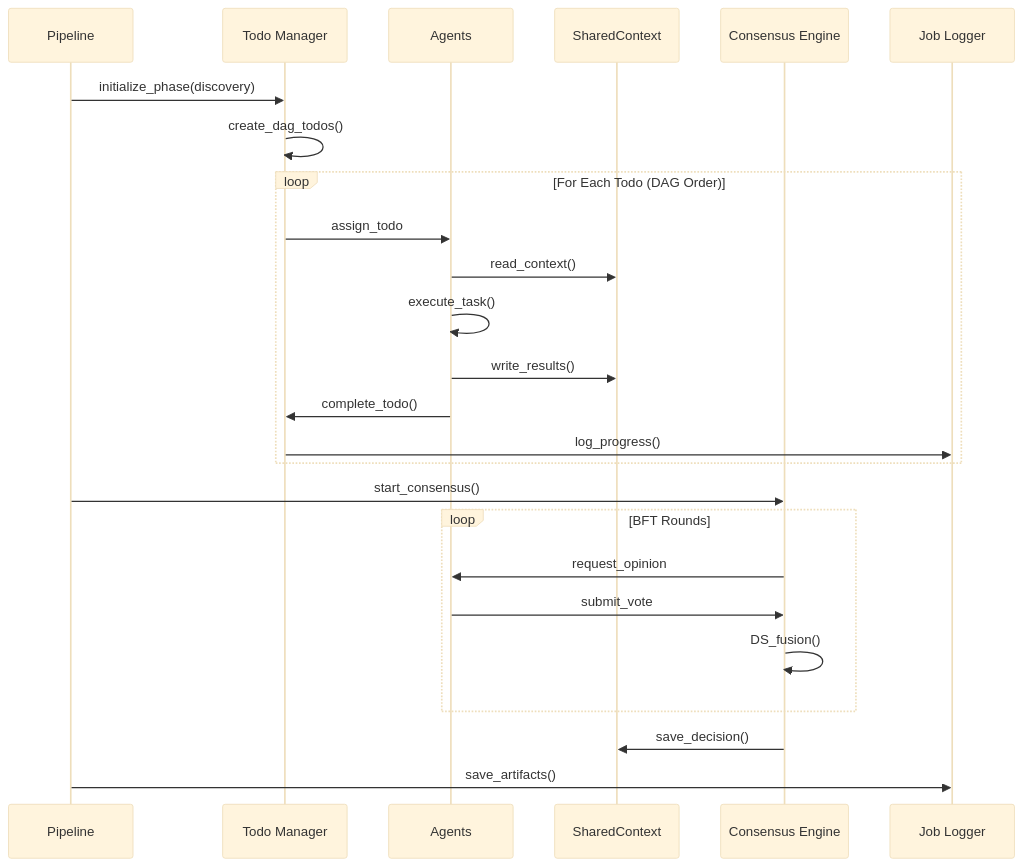
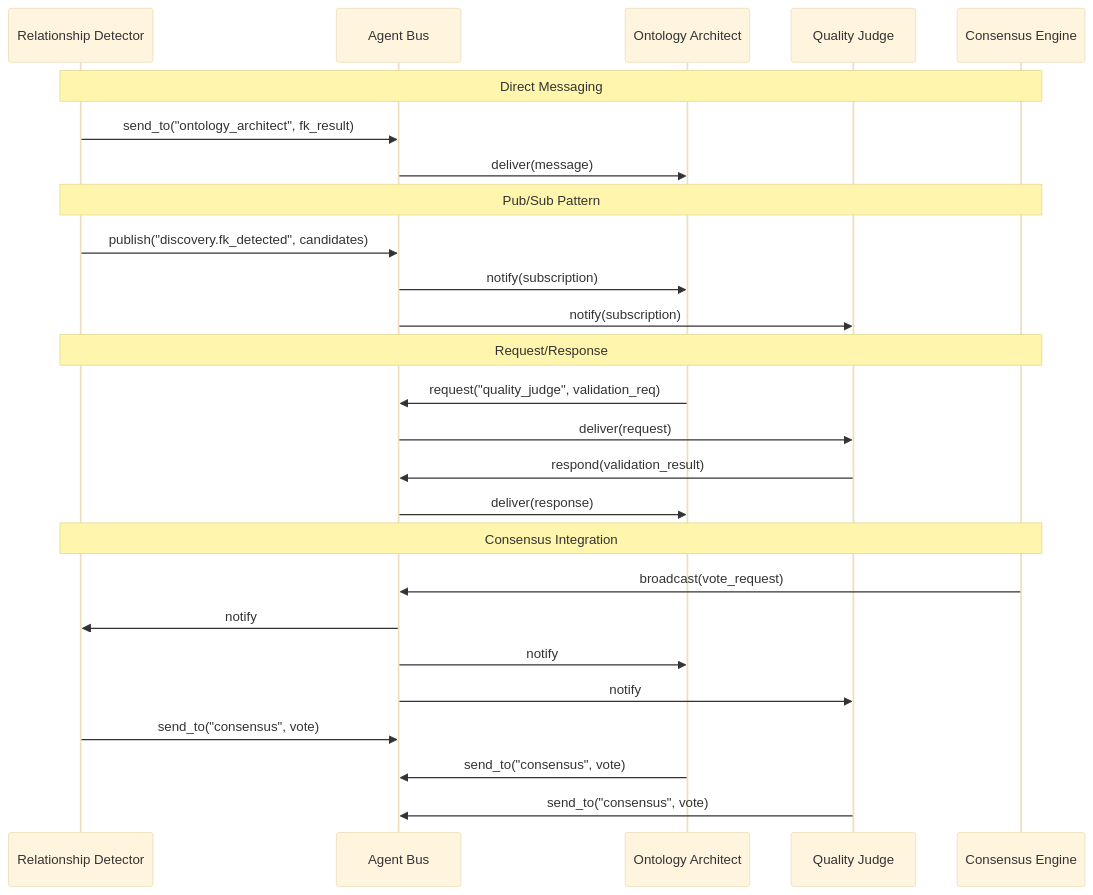
Before and after one commit to sabill123/ontology: the eighth of 11 diagrams in docs/diagrams/02-data-flow.md, drawn with Mermaid (base theme). The commit also changed other lines of this file and 176 other files, not shown here.

````diff
--- a/docs/diagrams/02-data-flow.md
+++ b/docs/diagrams/02-data-flow.md
@@ -266,32 +454,32 @@
 ```mermaid
 sequenceDiagram
-    participant P as Pipeline
-    participant TM as Todo Manager
-    participant A as Agents
-    participant SC as SharedContext
+    participant A1 as Relationship Detector
+    participant BUS as Agent Bus
+    participant A2 as Ontology Architect
+    participant A3 as Quality Judge
     participant CE as Consensus Engine
-    participant JL as Job Logger
 
-    P->>TM: initialize_phase(discovery)
-    TM->>TM: create_dag_todos()
+    Note over A1,CE: Direct Messaging
+    A1->>BUS: send_to("ontology_architect", fk_result)
+    BUS->>A2: deliver(message)
 
-    loop For Each Todo (DAG Order)
-        TM->>A: assign_todo
-        A->>SC: read_context()
-        A->>A: execute_task()
-        A->>SC: write_results()
-        A->>TM: complete_todo()
-        TM->>JL: log_progress()
-    end
+    Note over A1,CE: Pub/Sub Pattern
+    A1->>BUS: publish("discovery.fk_detected", candidates)
+    BUS->>A2: notify(subscription)
+    BUS->>A3: notify(subscription)
 
-    P->>CE: start_consensus()
+    Note over A1,CE: Request/Response
+    A2->>BUS: request("quality_judge", validation_req)
+    BUS->>A3: deliver(request)
+    A3->>BUS: respond(validation_result)
+    BUS->>A2: deliver(response)
 
-    loop BFT Rounds
-        CE->>A: request_opinion
-        A->>CE: submit_vote
-        CE->>CE: DS_fusion()
-    end
-
-    CE->>SC: save_decision()
-    P->>JL: save_artifacts()
+    Note over A1,CE: Consensus Integration
+    CE->>BUS: broadcast(vote_request)
+    BUS->>A1: notify
+    BUS->>A2: notify
+    BUS->>A3: notify
+    A1->>BUS: send_to("consensus", vote)
+    A2->>BUS: send_to("consensus", vote)
+    A3->>BUS: send_to("consensus", vote)
 ```
````
